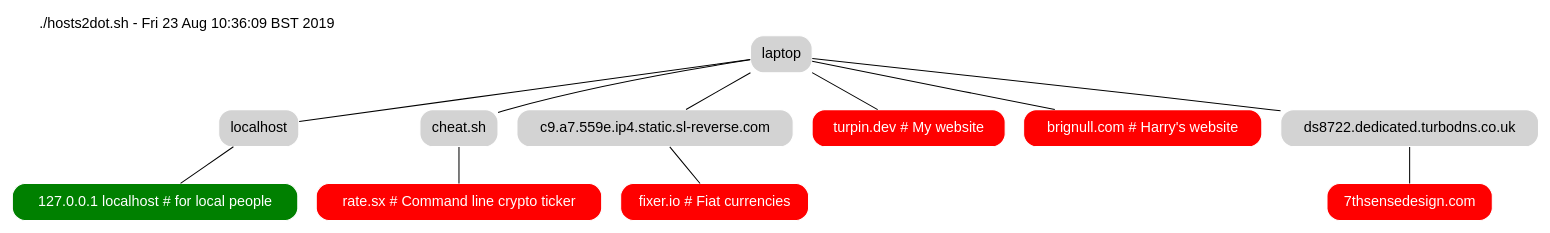
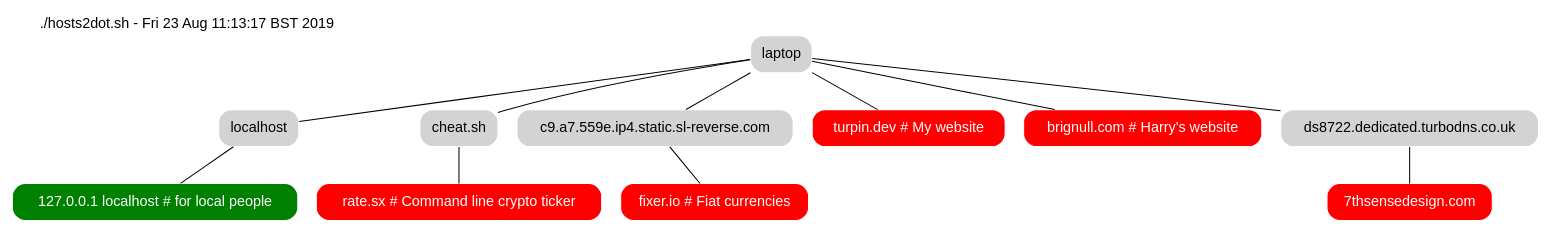
One commit to deanturpin/magnum-ci changed the diagram in artefacts/hosts2dot/topology.dot. Above: the diagram before and after it, drawn with Graphviz. The commit also changed 3 other files, not shown here.

```diff
--- a/artefacts/hosts2dot/topology.dot
+++ b/artefacts/hosts2dot/topology.dot
@@ -1,18 +1,18 @@
 strict graph {
 fontname=helvetica
 node [shape=rect style="filled,rounded" color=white fillcolor=lightgrey fontname=helvetica]
 soy_yo [label="laptop"]
-graph [label="./hosts2dot.sh - Fri 23 Aug 10:36:09 BST 2019" labelloc=top labeljust=left]
+graph [label="./hosts2dot.sh - Fri 23 Aug 11:13:17 BST 2019" labelloc=top labeljust=left]
 "127.0.0.1 localhost # for local people" [fillcolor=green fontcolor=white]
 soy_yo--"localhost"--"127.0.0.1 localhost # for local people"
 "rate.sx # Command line crypto ticker" [fillcolor=red fontcolor=white]
 soy_yo--"cheat.sh"--"rate.sx # Command line crypto ticker"
 "fixer.io # Fiat currencies" [fillcolor=red fontcolor=white]
 soy_yo--"c9.a7.559e.ip4.static.sl-reverse.com"--"fixer.io # Fiat currencies"
 "turpin.dev # My website" [fillcolor=red fontcolor=white]
 soy_yo--"turpin.dev # My website"
 "brignull.com # Harry's website" [fillcolor=red fontcolor=white]
 soy_yo--"brignull.com # Harry's website"
 "7thsensedesign.com" [fillcolor=red fontcolor=white]
 soy_yo--"ds8722.dedicated.turbodns.co.uk"--"7thsensedesign.com"
 }
```
